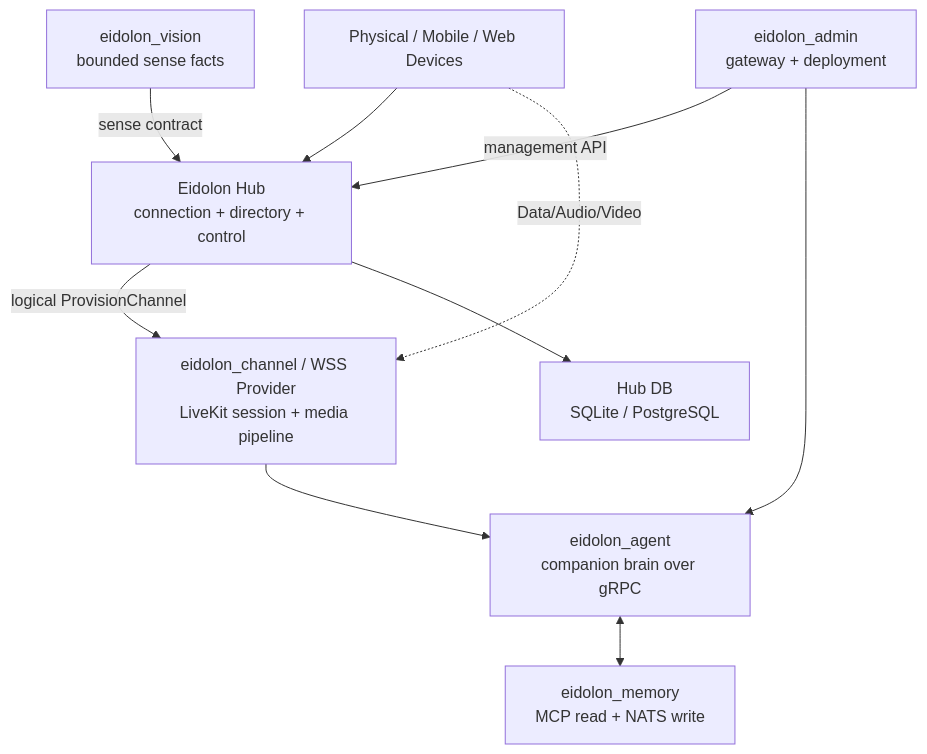
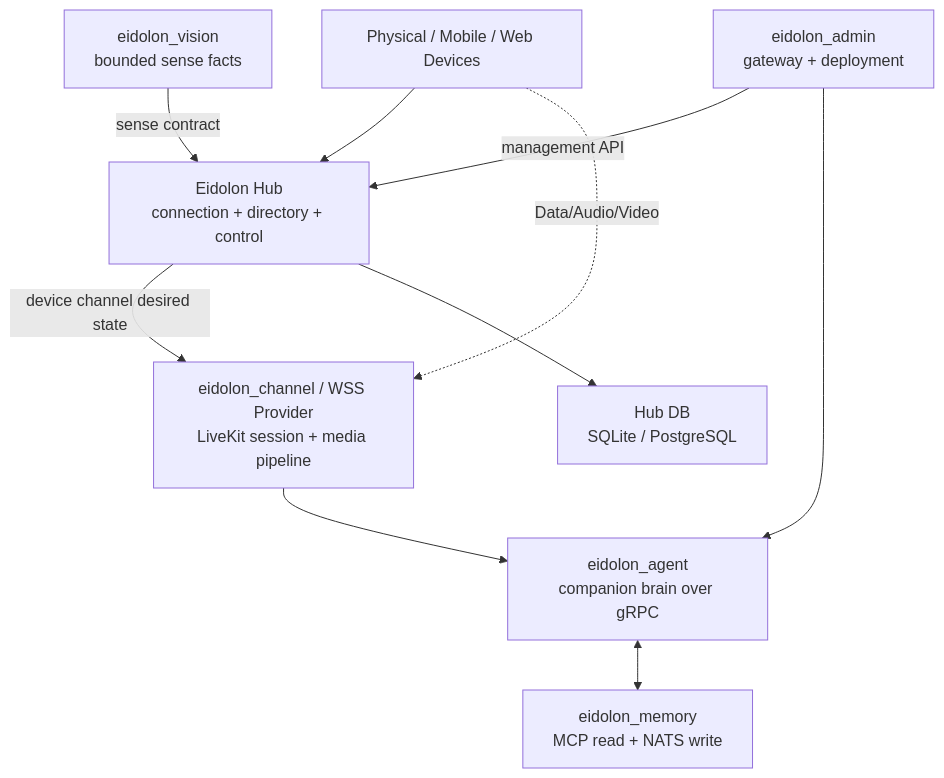
The diagram in docs/architecture/eidolon-os-integration.md (eidolon-os/eidolon_hub), drawn with Mermaid before and after one commit. The commit also changed other lines of this file and 121 other files, not shown here.

Commit message:
refactor: simplify channel provider and composition boundaries

````diff
--- a/docs/architecture/eidolon-os-integration.md
+++ b/docs/architecture/eidolon-os-integration.md
@@ -9,21 +9,21 @@
 ```mermaid
 flowchart TB
     Clients["Physical / Mobile / Web Devices"]
     Hub["Eidolon Hub<br/>connection + directory + control"]
     Provider["eidolon_channel / WSS Provider<br/>LiveKit session + media pipeline"]
     Agent["eidolon_agent<br/>companion brain over gRPC"]
     Memory["eidolon_memory<br/>MCP read + NATS write"]
     Vision["eidolon_vision<br/>bounded sense facts"]
     HubDB["Hub DB<br/>SQLite / PostgreSQL"]
     Admin["eidolon_admin<br/>gateway + deployment"]
 
     Clients --> Hub
-    Hub -->|"logical ProvisionChannel"| Provider
+    Hub -->|"device channel desired state"| Provider
     Clients -. "Data/Audio/Video" .-> Provider
     Provider --> Agent
     Agent <--> Memory
     Vision -->|"sense contract"| Hub
     Hub --> HubDB
     Admin -->|"management API"| Hub
     Admin --> Agent
 ```
````
